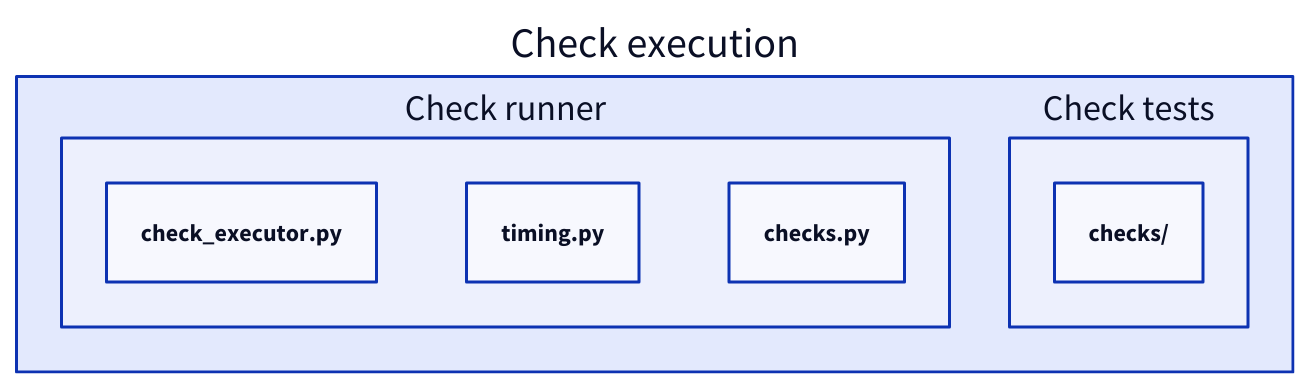
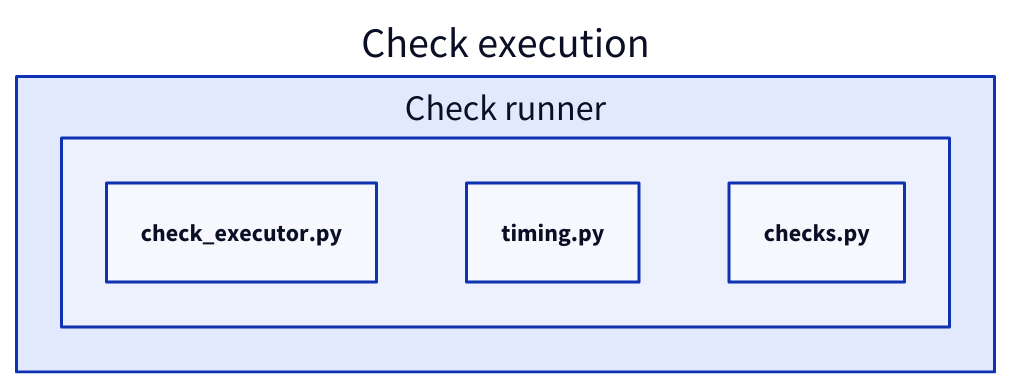
One commit to FTOD/concorde changed the first of 3 diagrams in specs/concorde/harness/checks/module.md. Above: the diagram before and after it, drawn with D2. The commit also changed 1 other file, not shown here.

Commit message:
Leave housekeeping realizations out of the Harness diagrams
Under the leaner diagram rule, the Harness package marker and the Check
execution test suite are explained in prose and no longer drawn.

````diff
--- a/specs/concorde/harness/checks/module.md
+++ b/specs/concorde/harness/checks/module.md
@@ -69,12 +69,9 @@
 ```d2
 checks: Check execution {
   runner: Check runner {
     "check_executor.py"
     "timing.py"
     "checks.py"
   }
-  tests: Check tests {
-    "checks/"
-  }
 }
 ```
````
